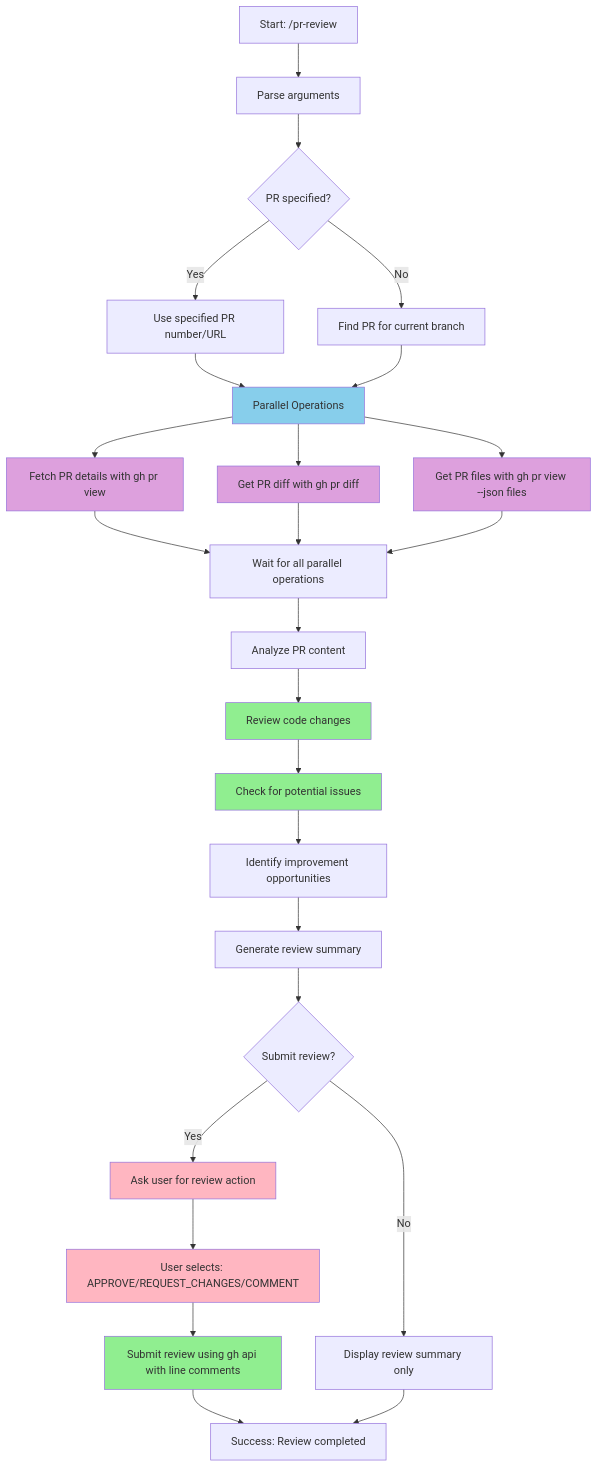
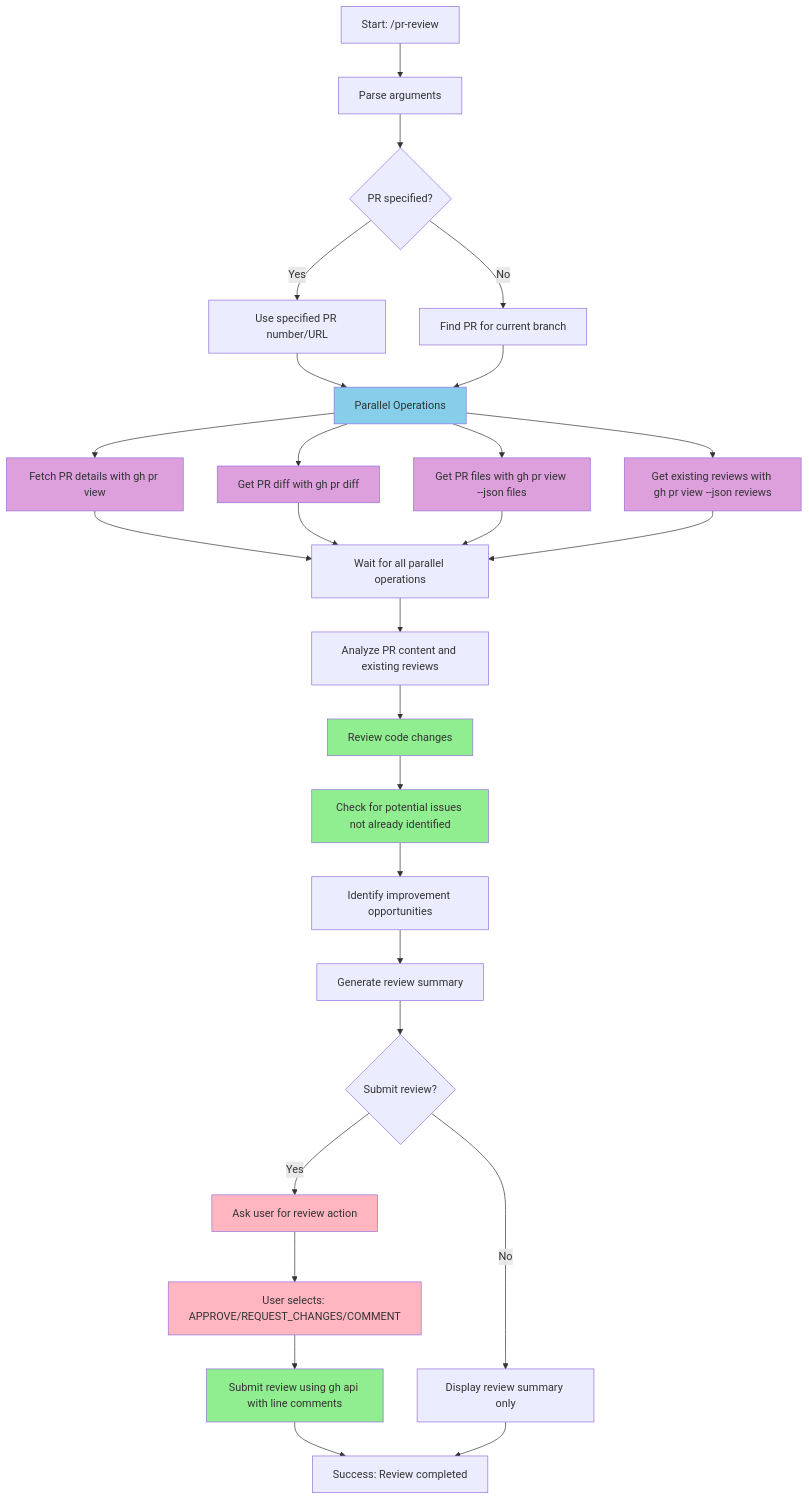
Before and after one commit to biwsantang/dotfiles: the first of 3 diagrams in claude/.claude/commands/pr-review.md, drawn with Mermaid. The commit also changed other lines of this file, not shown here.

Commit message:
docs: update PR review command to avoid duplicate review comments
Updates the PR review command documentation to reflect the enhanced
functionality that checks existing reviews before submitting new ones,
preventing duplicate issue identification.

🤖 Generated with [Claude Code](https://claude.ai/code)

````diff
--- a/claude/.claude/commands/pr-review.md
+++ b/claude/.claude/commands/pr-review.md
@@ -42,37 +42,40 @@
 ```mermaid
 flowchart TD
     A[Start: /pr-review] --> B[Parse arguments]
     B --> C{PR specified?}
     C -->|Yes| D[Use specified PR number/URL]
     C -->|No| E[Find PR for current branch]
     D --> F[Parallel Operations]
     E --> F
     F --> F1[Fetch PR details with gh pr view]
     F --> F2[Get PR diff with gh pr diff]
     F --> F3[Get PR files with gh pr view --json files]
+    F --> F4[Get existing reviews with gh pr view --json reviews]
     F1 --> G[Wait for all parallel operations]
     F2 --> G
     F3 --> G
-    G --> H[Analyze PR content]
+    F4 --> G
+    G --> H[Analyze PR content and existing reviews]
     H --> H1[Review code changes]
-    H1 --> H2[Check for potential issues]
+    H1 --> H2[Check for potential issues not already identified]
     H2 --> H3[Identify improvement opportunities]
     H3 --> I[Generate review summary]
     I --> J{Submit review?}
     J -->|Yes| K[Ask user for review action]
     K --> K1[User selects: APPROVE/REQUEST_CHANGES/COMMENT]
     K1 --> L[Submit review using gh api with line comments]
     J -->|No| M[Display review summary only]
     L --> N[Success: Review submitted]
     M --> N[Success: Review completed]
     
     style F fill:#87CEEB
     style F1 fill:#DDA0DD
     style F2 fill:#DDA0DD  
     style F3 fill:#DDA0DD
+    style F4 fill:#DDA0DD
     style H1 fill:#90EE90
     style H2 fill:#90EE90
     style K fill:#FFB6C1
     style K1 fill:#FFB6C1
     style L fill:#90EE90
 ```
````
